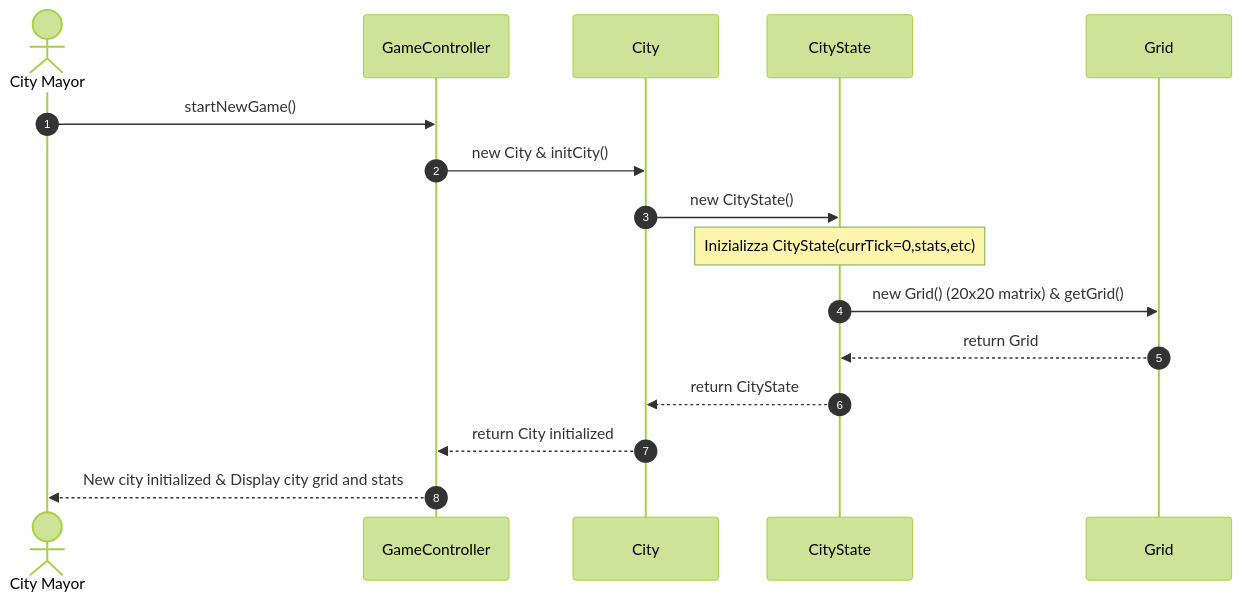
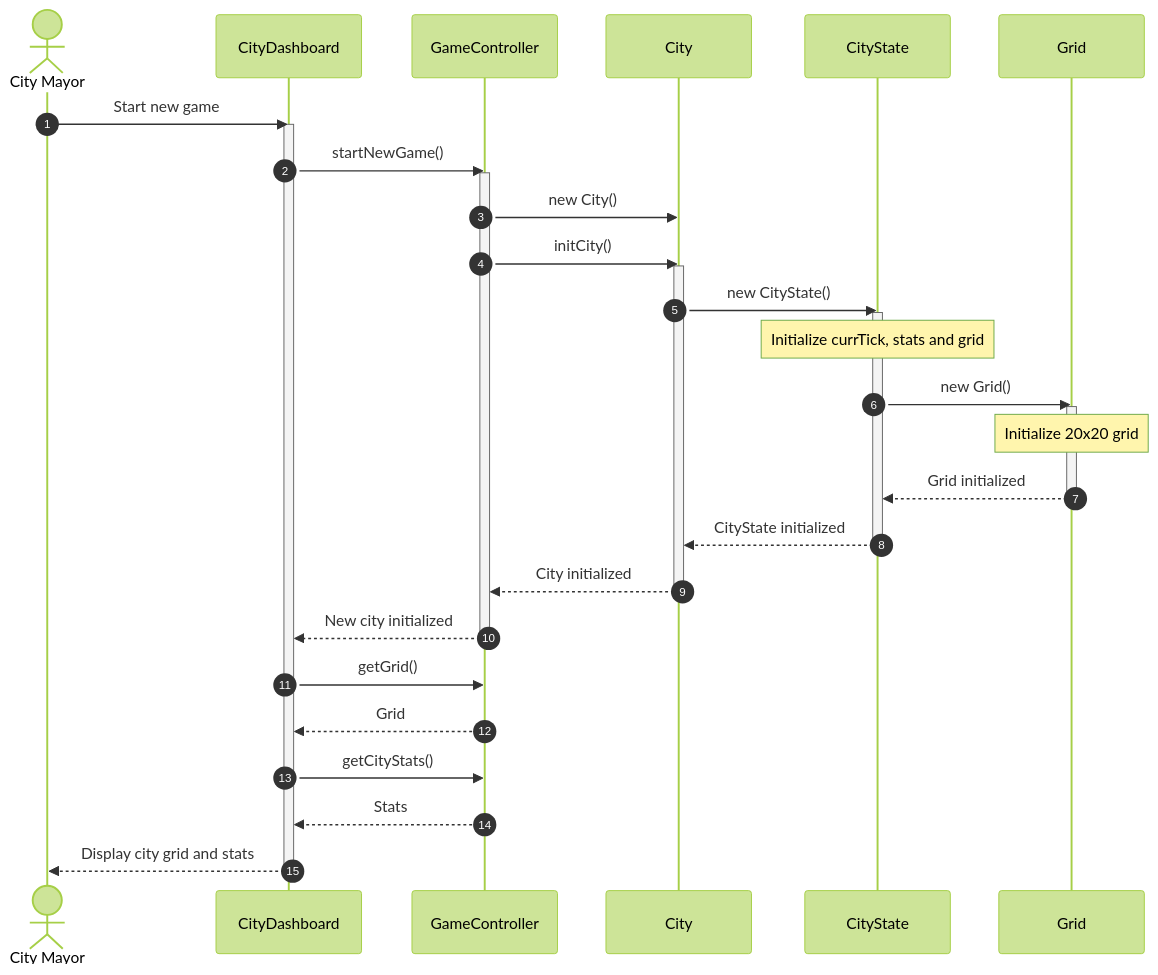
The diagram in docs/INTERNAL-SEQUENCE-DIAGRAM/isd-initialize-city.md (andreatoson3-netizen/Amatriciana), drawn with Mermaid (forest theme) before and after one commit.

````diff
--- a/docs/INTERNAL-SEQUENCE-DIAGRAM/isd-initialize-city.md
+++ b/docs/INTERNAL-SEQUENCE-DIAGRAM/isd-initialize-city.md
@@ -1,20 +1,51 @@
 ```mermaid
 sequenceDiagram
     autonumber
     actor Mayor as City Mayor
+    participant Dashboard as CityDashboard
     participant Controller as GameController
-    participant CityObj as City
+    participant City as City
     participant State as CityState
-    participant TheGrid as Grid
+    participant Grid as Grid
 
-    
-    Mayor->>Controller: startNewGame()
-    Controller->>CityObj:  new City & initCity()
-    CityObj->>State: new CityState()
-    Note over State:Inizializza CityState(currTick=0,stats,etc)
-    State->>TheGrid: new Grid() (20x20 matrix) & getGrid()
-    TheGrid-->>State: return Grid
-    State-->>CityObj: return CityState
-    CityObj-->>Controller: return City initialized
-    Controller-->>Mayor: New city initialized & Display city grid and stats
+    Mayor->>Dashboard: Start new game
+    activate Dashboard
+
+    Dashboard->>Controller: startNewGame()
+    activate Controller
+
+    Controller->>City: new City()
+    Controller->>City: initCity()
+    activate City
+
+    City->>State: new CityState()
+    activate State
+
+    Note over State: Initialize currTick, stats and grid
+
+    State->>Grid: new Grid()
+    activate Grid
+
+    Note over Grid: Initialize 20x20 grid
+
+    Grid-->>State: Grid initialized
+    deactivate Grid
+
+    State-->>City: CityState initialized
+    deactivate State
+
+    City-->>Controller: City initialized
+    deactivate City
+
+    Controller-->>Dashboard: New city initialized
+    deactivate Controller
+
+    Dashboard->>Controller: getGrid()
+    Controller-->>Dashboard: Grid
+
+    Dashboard->>Controller: getCityStats()
+    Controller-->>Dashboard: Stats
+
+    Dashboard-->>Mayor: Display city grid and stats
+    deactivate Dashboard
 ```
````
